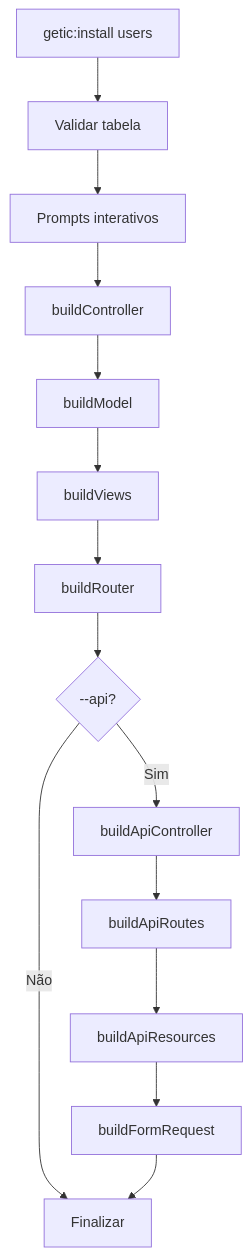
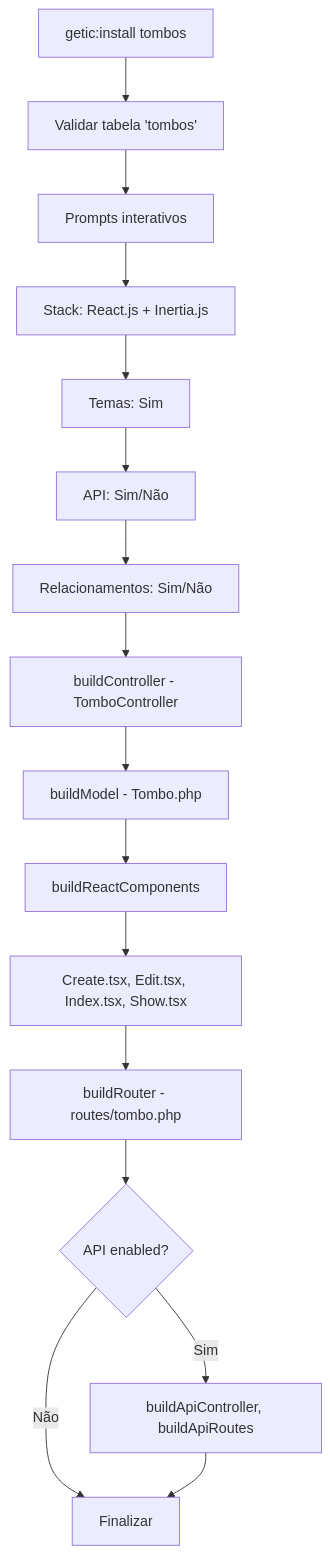
One commit to josenildotiago/crud changed the first of 2 diagrams in DOC.md. Above: the diagram before and after it, drawn with Mermaid. The commit also changed other lines of this file and 2 other files, not shown here.

````diff
--- a/DOC.md
+++ b/DOC.md
@@ -682,16 +463,18 @@
 ```mermaid
 graph TD
-    A[getic:install users] --> B[Validar tabela]
+    A[getic:install tombos] --> B[Validar tabela 'tombos']
     B --> C[Prompts interativos]
-    C --> D[buildController]
-    D --> E[buildModel]
-    E --> F[buildViews]
-    F --> G[buildRouter]
-    G --> H{--api?}
-    H -->|Sim| I[buildApiController]
-    H -->|Não| J[Finalizar]
-    I --> K[buildApiRoutes]
-    K --> L[buildApiResources]
-    L --> M[buildFormRequest]
-    M --> J
+    C --> D[Stack: React.js + Inertia.js]
+    D --> E[Temas: Sim]
+    E --> F[API: Sim/Não]
+    F --> G[Relacionamentos: Sim/Não]
+    G --> H[buildController - TomboController]
+    H --> I[buildModel - Tombo.php]
+    I --> J[buildReactComponents]
+    J --> K[Create.tsx, Edit.tsx, Index.tsx, Show.tsx]
+    K --> L[buildRouter - routes/tombo.php]
+    L --> M{API enabled?}
+    M -->|Sim| N[buildApiController, buildApiRoutes]
+    M -->|Não| O[Finalizar]
+    N --> O
 ```
````
